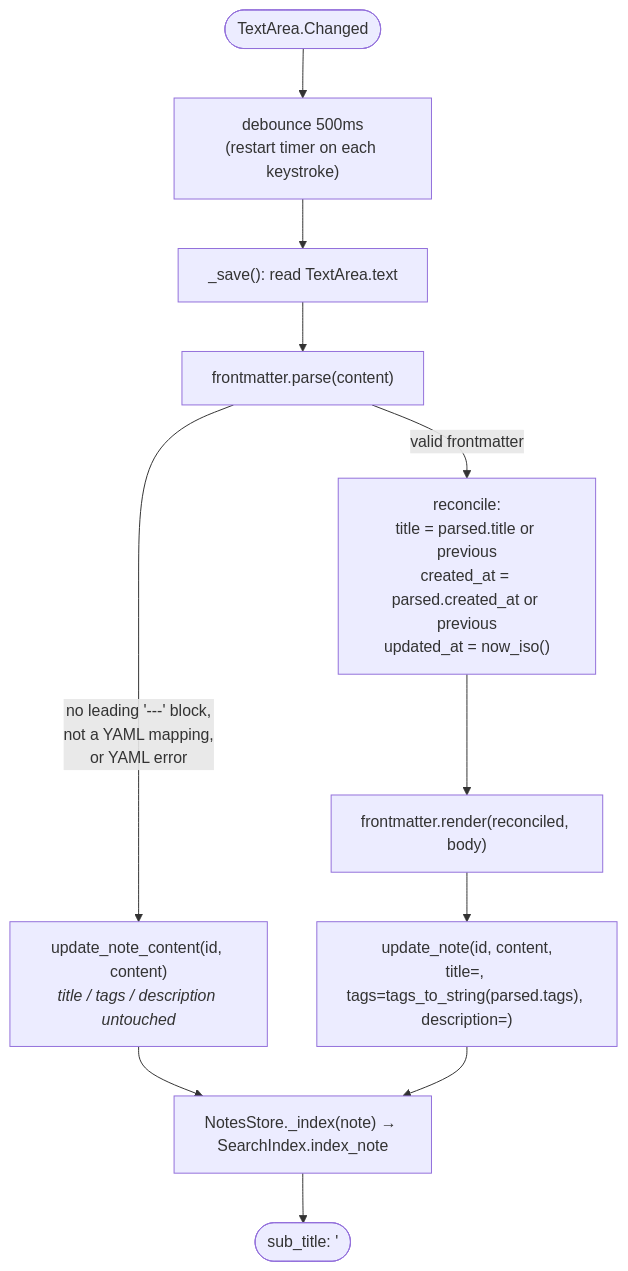
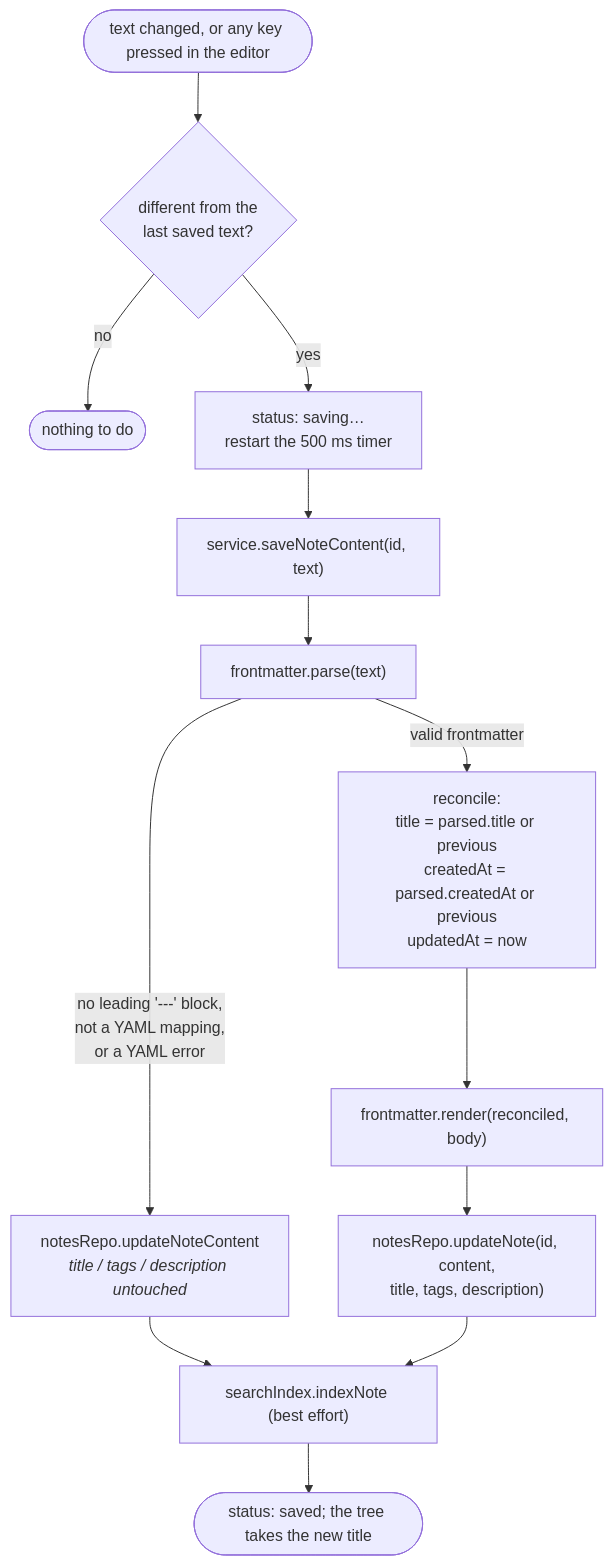
The second of 2 diagrams in docs/architecture/note-lifecycle.md (meddlin/composition), drawn with Mermaid before and after one commit. The commit also changed other lines of this file and 65 other files, not shown here.

````diff
--- a/docs/architecture/note-lifecycle.md
+++ b/docs/architecture/note-lifecycle.md
@@ -46,16 +47,18 @@
 ```mermaid
 flowchart TD
-    Change(["TextArea.Changed"]) --> Debounce["debounce 500ms<br/>(restart timer on each keystroke)"]
-    Debounce --> Save["_save(): read TextArea.text"]
-    Save --> Parse["frontmatter.parse(content)"]
+    Change(["text changed, or any key pressed in the editor"]) --> Same{"different from the<br/>last saved text?"}
+    Same -- "no" --> Idle(["nothing to do"])
+    Same -- "yes" --> Debounce["status: saving…<br/>restart the 500 ms timer"]
+    Debounce --> Save["service.saveNoteContent(id, text)"]
+    Save --> Parse["frontmatter.parse(text)"]
 
-    Parse -- "no leading '---' block,<br/>not a YAML mapping,<br/>or YAML error" --> Fallback["update_note_content(id, content)<br/><i>title / tags / description untouched</i>"]
-    Parse -- "valid frontmatter" --> Reconcile["reconcile:<br/>title = parsed.title or previous<br/>created_at = parsed.created_at or previous<br/>updated_at = now_iso()"]
+    Parse -- "no leading '---' block,<br/>not a YAML mapping,<br/>or a YAML error" --> Fallback["notesRepo.updateNoteContent<br/><i>title / tags / description untouched</i>"]
+    Parse -- "valid frontmatter" --> Reconcile["reconcile:<br/>title = parsed.title or previous<br/>createdAt = parsed.createdAt or previous<br/>updatedAt = now"]
 
     Reconcile --> Render["frontmatter.render(reconciled, body)"]
-    Render --> Sync["update_note(id, content,<br/>title=, tags=tags_to_string(parsed.tags), description=)"]
+    Render --> Sync["notesRepo.updateNote(id, content,<br/>title, tags, description)"]
 
-    Fallback --> Index["NotesStore._index(note) → SearchIndex.index_note"]
+    Fallback --> Index["searchIndex.indexNote (best effort)"]
     Sync --> Index
-    Index --> Done(["sub_title: '<title> — saved'"])
+    Index --> Done(["status: saved; the tree takes the new title"])
 ```
````
